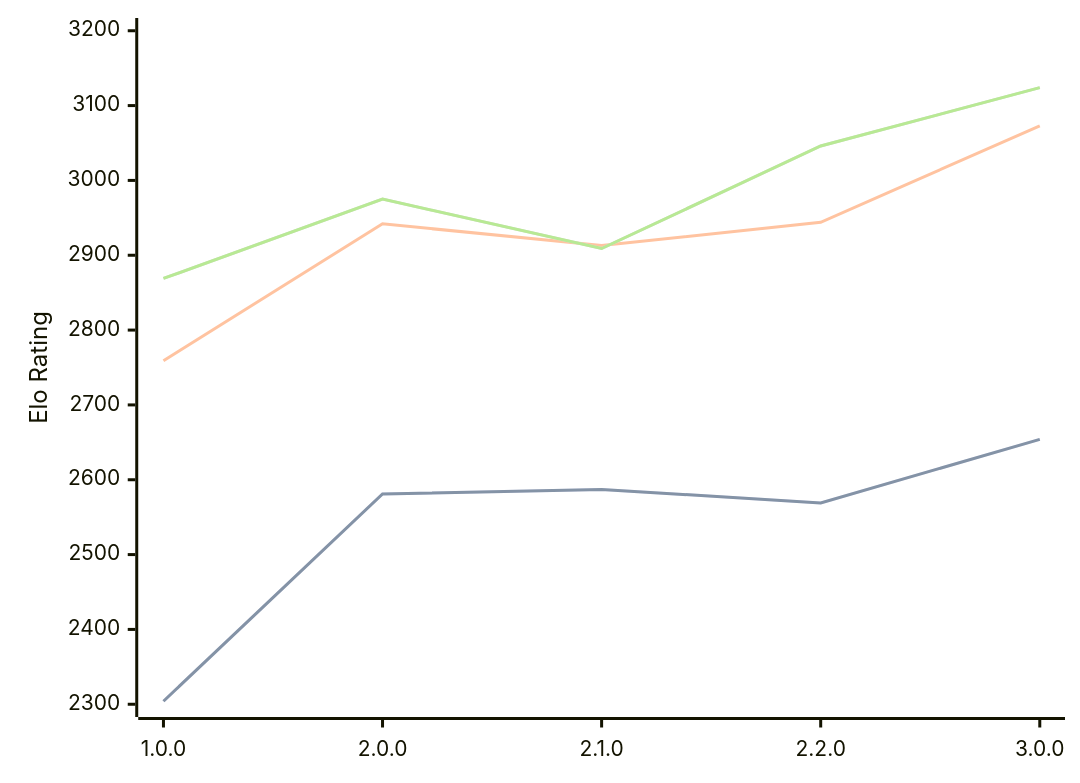
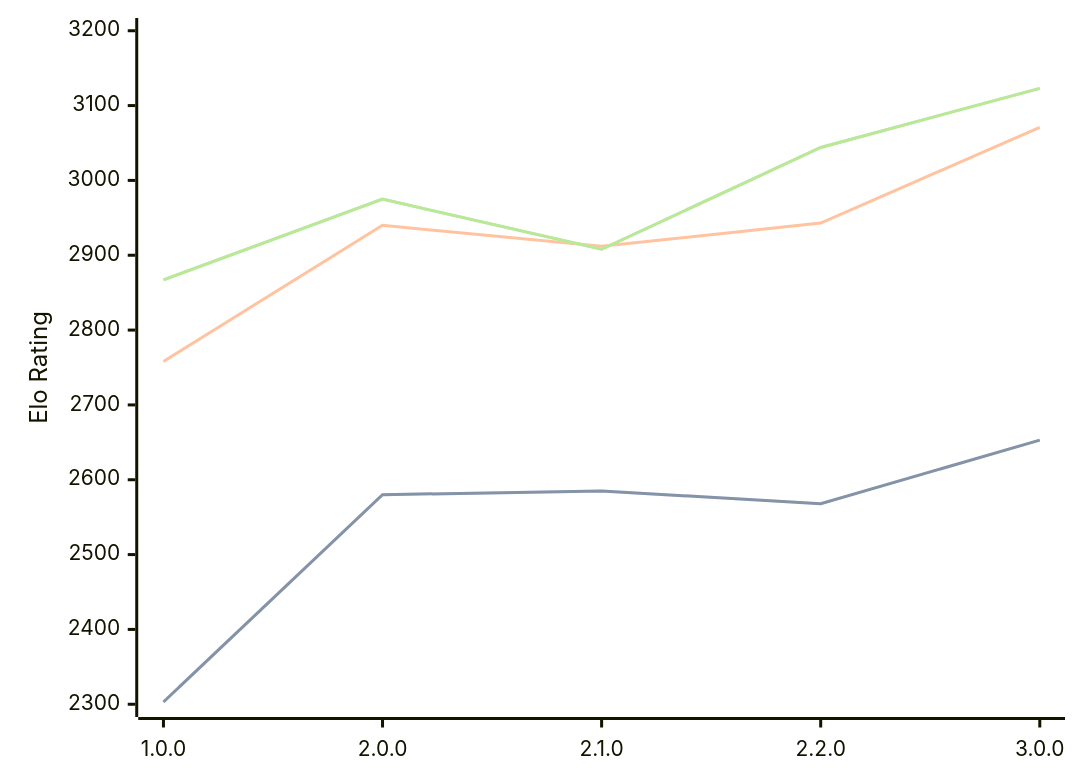
The first of 3 diagrams in engines/Catalyst.md (computer-chess-index/cci), drawn with Mermaid before and after one commit. The commit also changed other lines of this file, not shown here.

Commit message:
Update CCI Ratings (ELO VLTC) - 2026-07-15

````diff
--- a/engines/Catalyst.md
+++ b/engines/Catalyst.md
@@ -36,11 +36,11 @@
 ```mermaid
 %%{init: {"theme":"base","themeVariables":{"seriesColors:['#a3a3a3','#222221','#faa371']}}}%%
 xychart-beta
   x-axis ["1.0.0", "2.0.0", "2.1.0", "2.2.0", "3.0.0"]
   y-axis "Elo Rating" 2300 --> 3200
-  line "STC (8.0+0.08s)" [2304, 2581, 2587, 2569, 2654]
-  line "STC (8.0+0.08s)" [2304, 2581, 2587, 2569, 2654]
-  line "LTC (60.0+0.60s)" [2759, 2942, 2913, 2944, 3073]
-  line "VLTC (2m24s+1.12s)" [2869, 2975, 2909, 3046, 3124]
-  line "VLTC (2m24s+1.12s)" [2869, 2975, 2909, 3046, 3124]
+  line "STC (8.0+0.08s)" [2303, 2580, 2585, 2568, 2653]
+  line "STC (8.0+0.08s)" [2303, 2580, 2585, 2568, 2653]
+  line "LTC (60.0+0.60s)" [2758, 2940, 2912, 2943, 3071]
+  line "VLTC (2m24s+1.12s)" [2867, 2975, 2908, 3044, 3123]
+  line "VLTC (2m24s+1.12s)" [2867, 2975, 2908, 3044, 3123]
 ```
````
